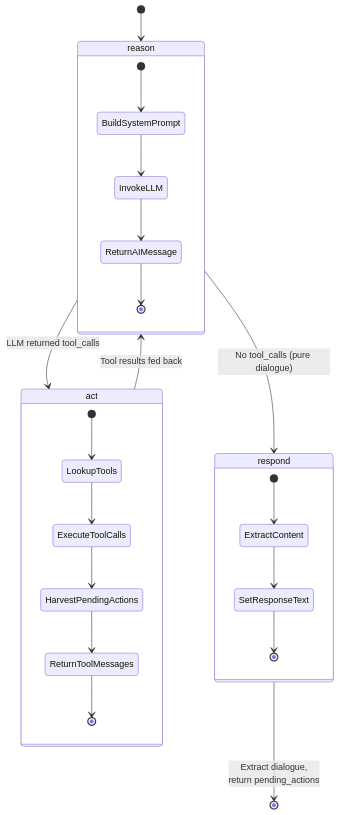
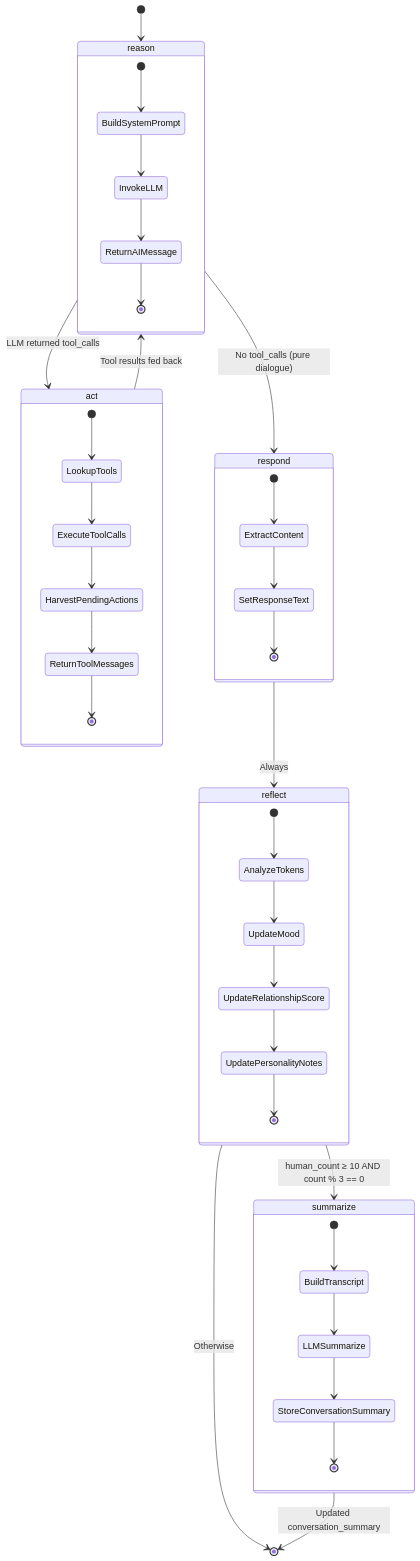
Before and after one commit to Zaexv/world-of-prompcraft: the fifth of 17 diagrams in docs/architecture.md, drawn with Mermaid. The commit also changed other lines of this file and 7 other files, not shown here.

````diff
--- a/docs/architecture.md
+++ b/docs/architecture.md
@@ -258,32 +258,52 @@
 ```mermaid
 stateDiagram-v2
     [*] --> reason
 
     reason --> act: LLM returned tool_calls
     reason --> respond: No tool_calls (pure dialogue)
 
     act --> reason: Tool results fed back
 
-    respond --> [*]: Extract dialogue,<br/>return pending_actions
+    respond --> reflect: Always
+
+    reflect --> summarize: human_count ≥ 10 AND count % 3 == 0
+    reflect --> [*]: Otherwise
+
+    summarize --> [*]: Updated conversation_summary
 
     state reason {
         [*] --> BuildSystemPrompt
         BuildSystemPrompt --> InvokeLLM
         InvokeLLM --> ReturnAIMessage
         ReturnAIMessage --> [*]
     }
 
     state act {
         [*] --> LookupTools
         LookupTools --> ExecuteToolCalls
         ExecuteToolCalls --> HarvestPendingActions
         HarvestPendingActions --> ReturnToolMessages
         ReturnToolMessages --> [*]
     }
 
     state respond {
         [*] --> ExtractContent
         ExtractContent --> SetResponseText
         SetResponseText --> [*]
     }
+
+    state reflect {
+        [*] --> AnalyzeTokens
+        AnalyzeTokens --> UpdateMood
+        UpdateMood --> UpdateRelationshipScore
+        UpdateRelationshipScore --> UpdatePersonalityNotes
+        UpdatePersonalityNotes --> [*]
+    }
+
+    state summarize {
+        [*] --> BuildTranscript
+        BuildTranscript --> LLMSummarize
+        LLMSummarize --> StoreConversationSummary
+        StoreConversationSummary --> [*]
+    }
 ```
````
